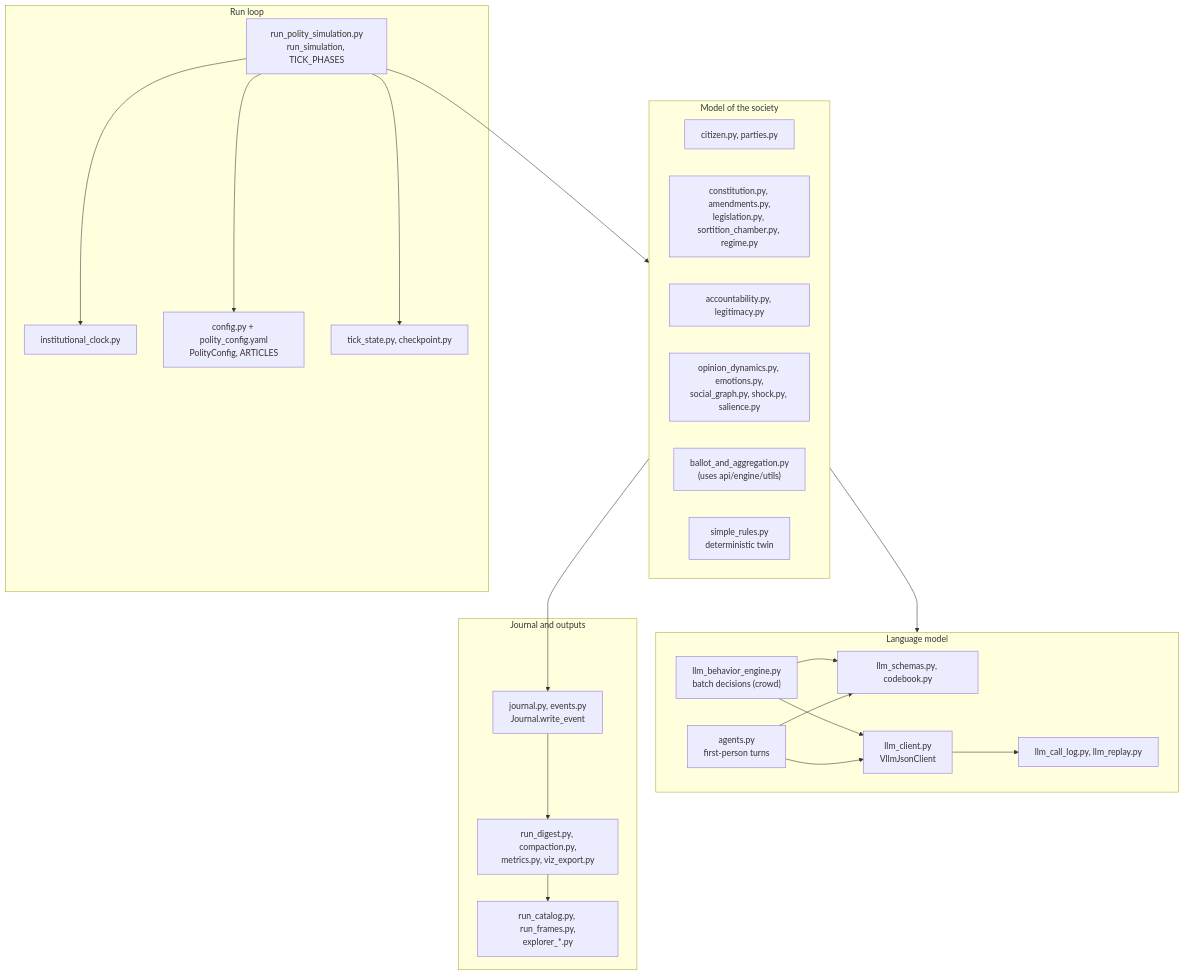
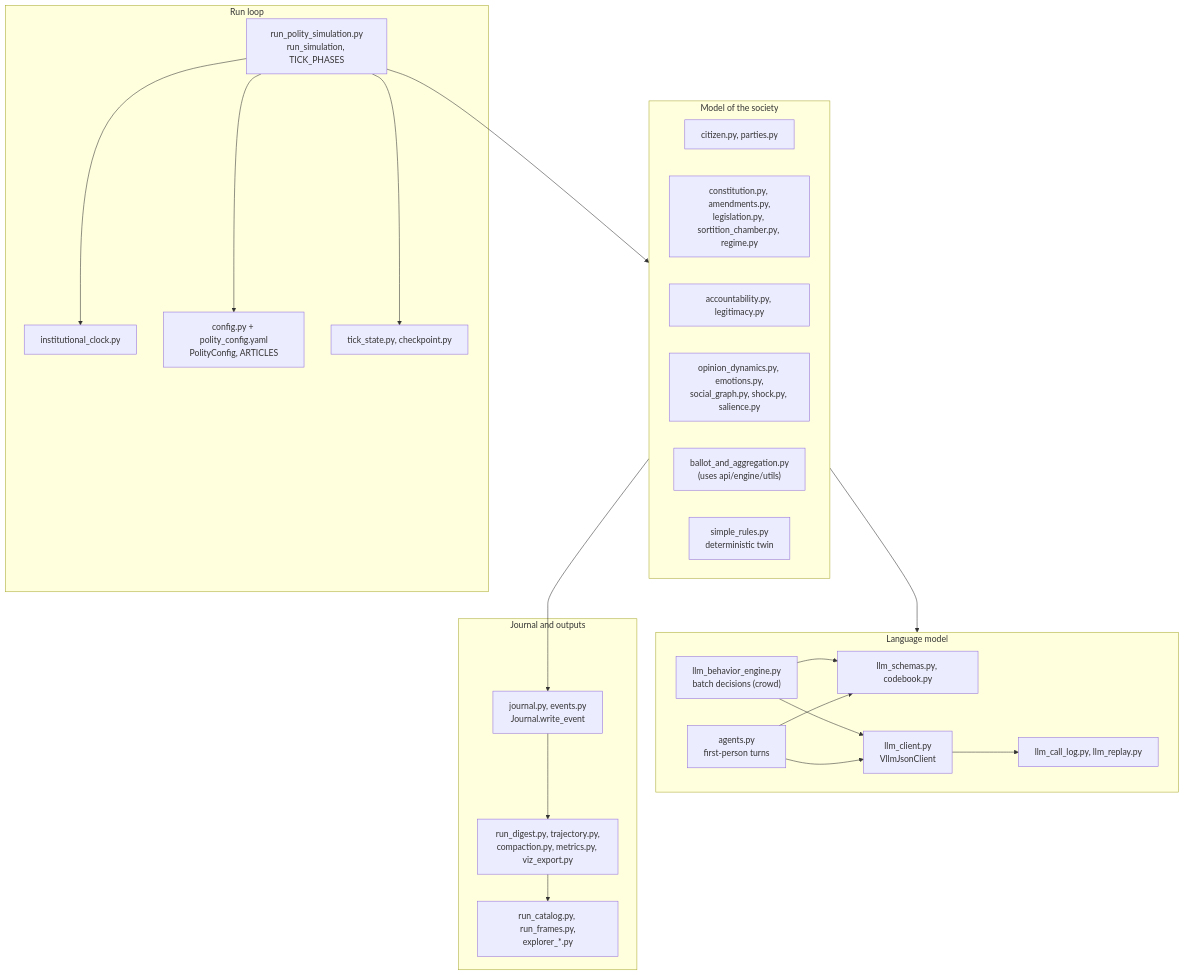
One commit to Burbanit0/Vote-App changed the first of 6 diagrams in docs/overview/polity.md. Above: the diagram before and after it, drawn with Mermaid. The commit also changed 7 other files, not shown here.

````diff
--- a/docs/overview/polity.md
+++ b/docs/overview/polity.md
@@ -26,36 +26,36 @@
 ```mermaid
 flowchart TB
   subgraph run["Run loop"]
     rps["run_polity_simulation.py<br/>run_simulation, TICK_PHASES"]
     clock["institutional_clock.py"]
     cfg["config.py + polity_config.yaml<br/>PolityConfig, ARTICLES"]
     ts["tick_state.py, checkpoint.py"]
   end
   subgraph model["Model of the society"]
     cit["citizen.py, parties.py"]
     inst["constitution.py, amendments.py,<br/>legislation.py, sortition_chamber.py, regime.py"]
     acc["accountability.py, legitimacy.py"]
     dyn["opinion_dynamics.py, emotions.py,<br/>social_graph.py, shock.py, salience.py"]
     ballot["ballot_and_aggregation.py<br/>(uses api/engine/utils)"]
     simple["simple_rules.py<br/>deterministic twin"]
   end
   subgraph llm["Language model"]
     crowd["llm_behavior_engine.py<br/>batch decisions (crowd)"]
     agents["agents.py<br/>first-person turns"]
     schemas["llm_schemas.py, codebook.py"]
     client["llm_client.py<br/>VllmJsonClient"]
     calllog["llm_call_log.py, llm_replay.py"]
   end
   subgraph out["Journal and outputs"]
     journal["journal.py, events.py<br/>Journal.write_event"]
-    post["run_digest.py, compaction.py,<br/>metrics.py, viz_export.py"]
+    post["run_digest.py, trajectory.py,<br/>compaction.py, metrics.py, viz_export.py"]
     explorer["run_catalog.py, run_frames.py,<br/>explorer_*.py"]
   end
   rps --> clock & cfg & ts
   rps --> model
   model --> llm
   crowd & agents --> schemas & client
   client --> calllog
   model --> journal
   journal --> post --> explorer
 ```
````
